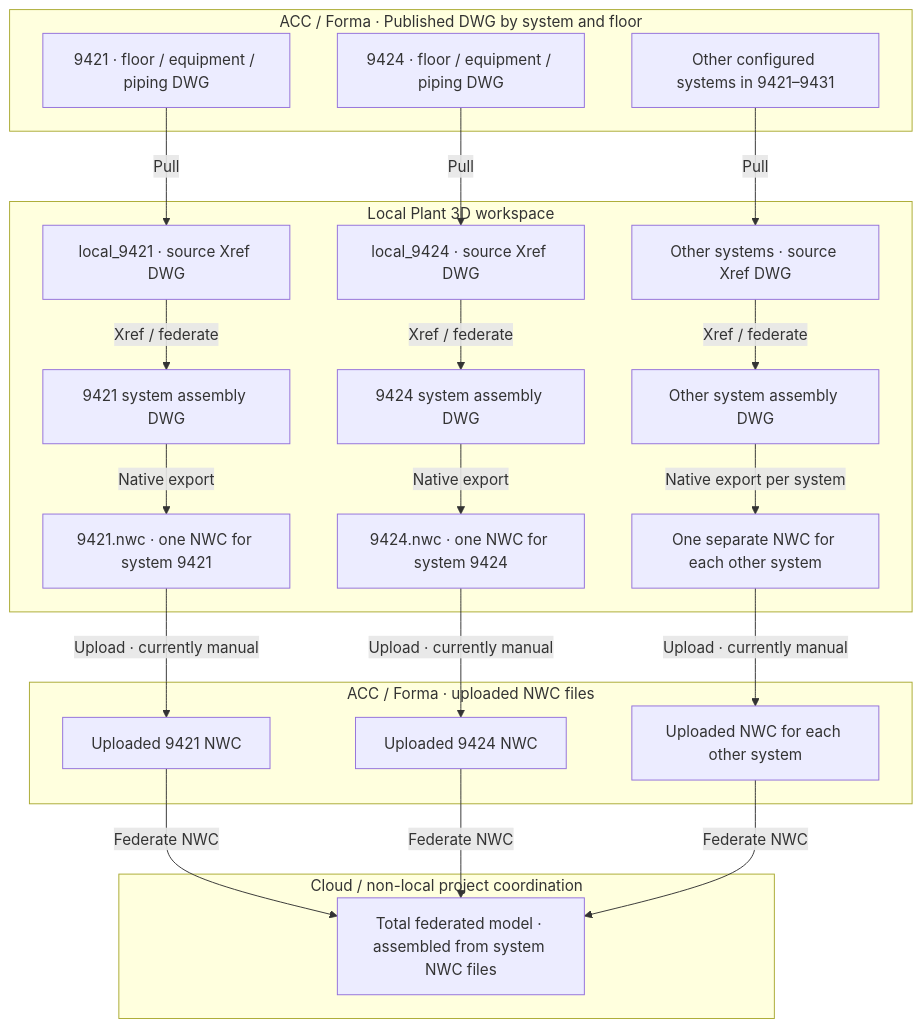
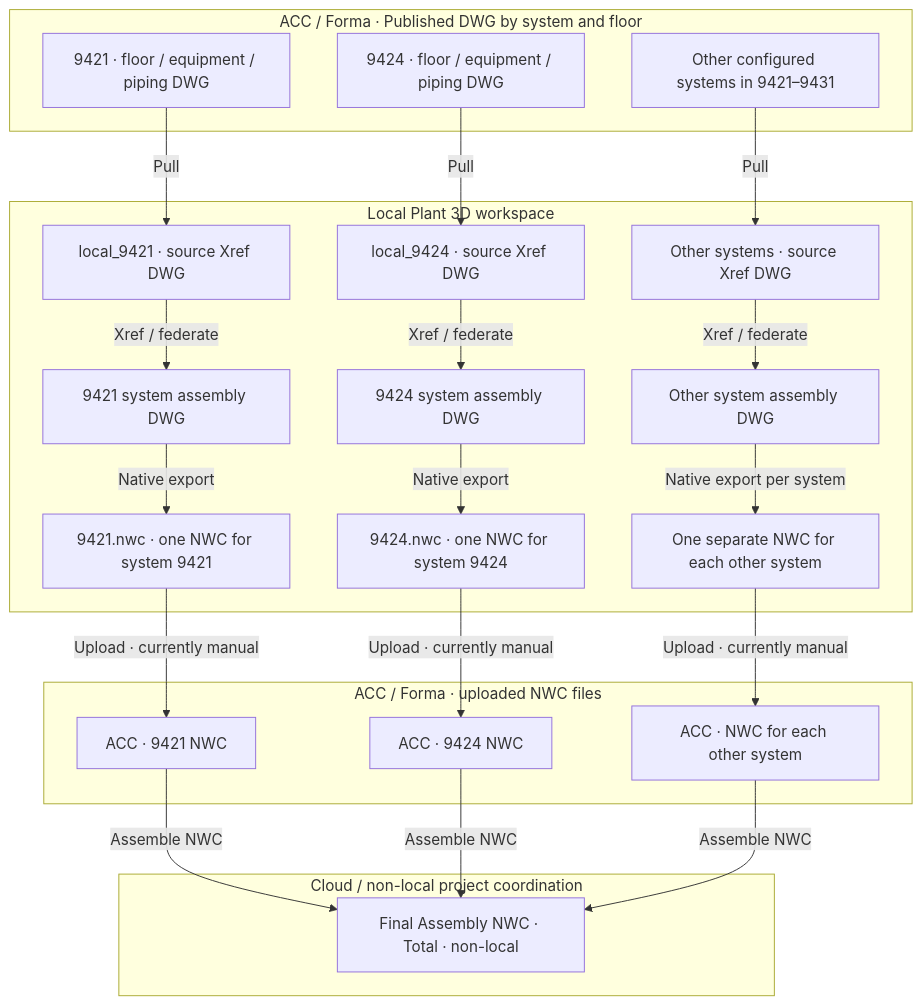
Before and after one commit to Sxaliver/Plant-3D-Auto-sync-for-Federated-Models: the diagram in docs/file-flow.mmd, drawn with Mermaid. The commit also changed 3 other files, not shown here.

Commit message:
Draw independent ACC system NWC arrows into final Assembly NWC

```diff
--- a/docs/file-flow.mmd
+++ b/docs/file-flow.mmd
@@ -1,40 +1,40 @@
 flowchart TB
     subgraph CLOUD[ACC / Forma · Published DWG by system and floor]
         C21[9421 · floor / equipment / piping DWG]
         C24[9424 · floor / equipment / piping DWG]
         CX[Other configured systems in 9421–9431]
     end
     subgraph LOCAL[Local Plant 3D workspace]
         X21[local_9421 · source Xref DWG]
         X24[local_9424 · source Xref DWG]
         XX[Other systems · source Xref DWG]
         A21[9421 system assembly DWG]
         A24[9424 system assembly DWG]
         AX[Other system assembly DWG]
         N21[9421.nwc · one NWC for system 9421]
         N24[9424.nwc · one NWC for system 9424]
         NX[One separate NWC for each other system]
     end
     subgraph DELIVERY[ACC / Forma · uploaded NWC files]
-        R21[Uploaded 9421 NWC]
-        R24[Uploaded 9424 NWC]
-        RX[Uploaded NWC for each other system]
+        R21[ACC · 9421 NWC]
+        R24[ACC · 9424 NWC]
+        RX[ACC · NWC for each other system]
     end
     subgraph FEDERATION[Cloud / non-local project coordination]
-        TOTAL[Total federated model · assembled from system NWC files]
+        ASSEMBLY_NWC[Final Assembly NWC · Total · non-local]
     end
     C21 -->|Pull| X21
     C24 -->|Pull| X24
     CX -->|Pull| XX
     X21 -->|Xref / federate| A21
     X24 -->|Xref / federate| A24
     XX -->|Xref / federate| AX
     A21 -->|Native export| N21
     A24 -->|Native export| N24
     AX -->|Native export per system| NX
     N21 -->|Upload · currently manual| R21
     N24 -->|Upload · currently manual| R24
     NX -->|Upload · currently manual| RX
-    R21 -->|Federate NWC| TOTAL
-    R24 -->|Federate NWC| TOTAL
-    RX -->|Federate NWC| TOTAL
+    R21 -->|Assemble NWC| ASSEMBLY_NWC
+    R24 -->|Assemble NWC| ASSEMBLY_NWC
+    RX -->|Assemble NWC| ASSEMBLY_NWC
```
